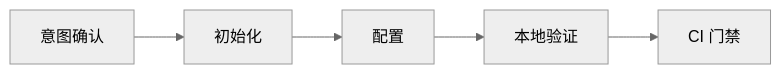
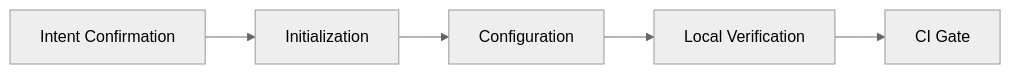
The diagram in templates/通用/【模板】README.md (Kirky-X/cangjie), drawn with Mermaid (neutral theme) before and after one commit. The commit also changed other lines of this file and 60 other files, not shown here.

````diff
--- a/templates/通用/【模板】README.md
+++ b/templates/通用/【模板】README.md
@@ -152,7 +152,7 @@
 ```mermaid
 flowchart LR
-    A["意图确认"] --> B["初始化"]
-    B --> C["配置"]
-    C --> D["本地验证"]
-    D --> E["CI 门禁"]
+    A["Intent Confirmation"] --> B["Initialization"]
+    B --> C["Configuration"]
+    C --> D["Local Verification"]
+    D --> E["CI Gate"]
 ```
````
